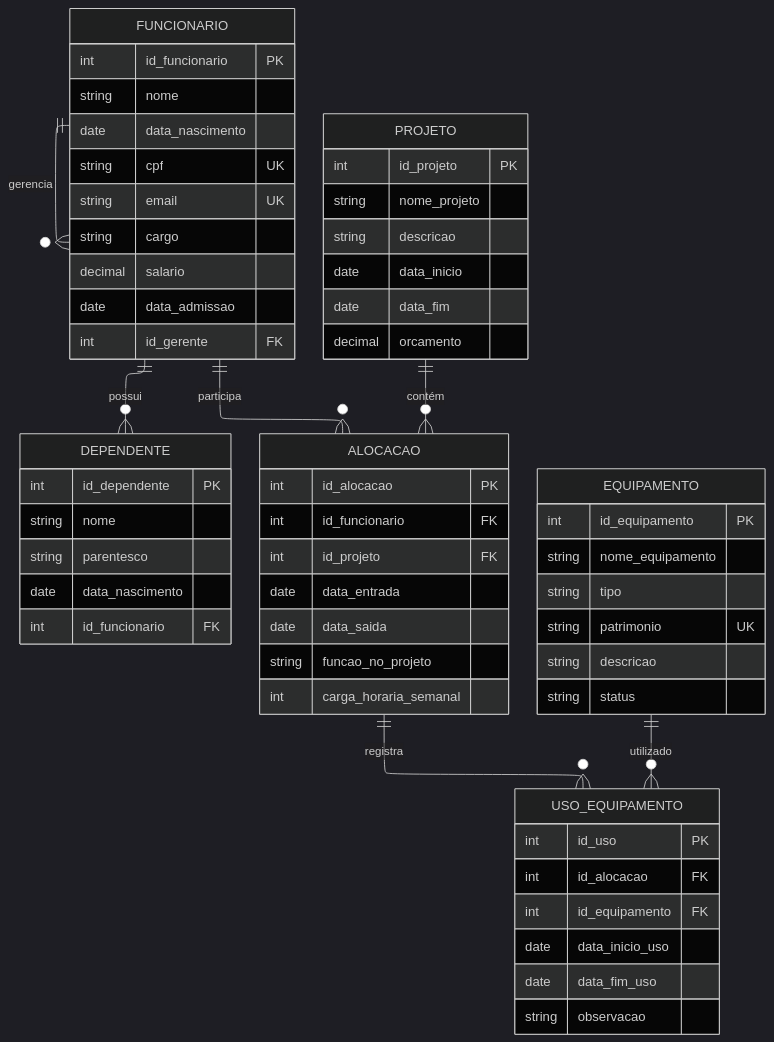
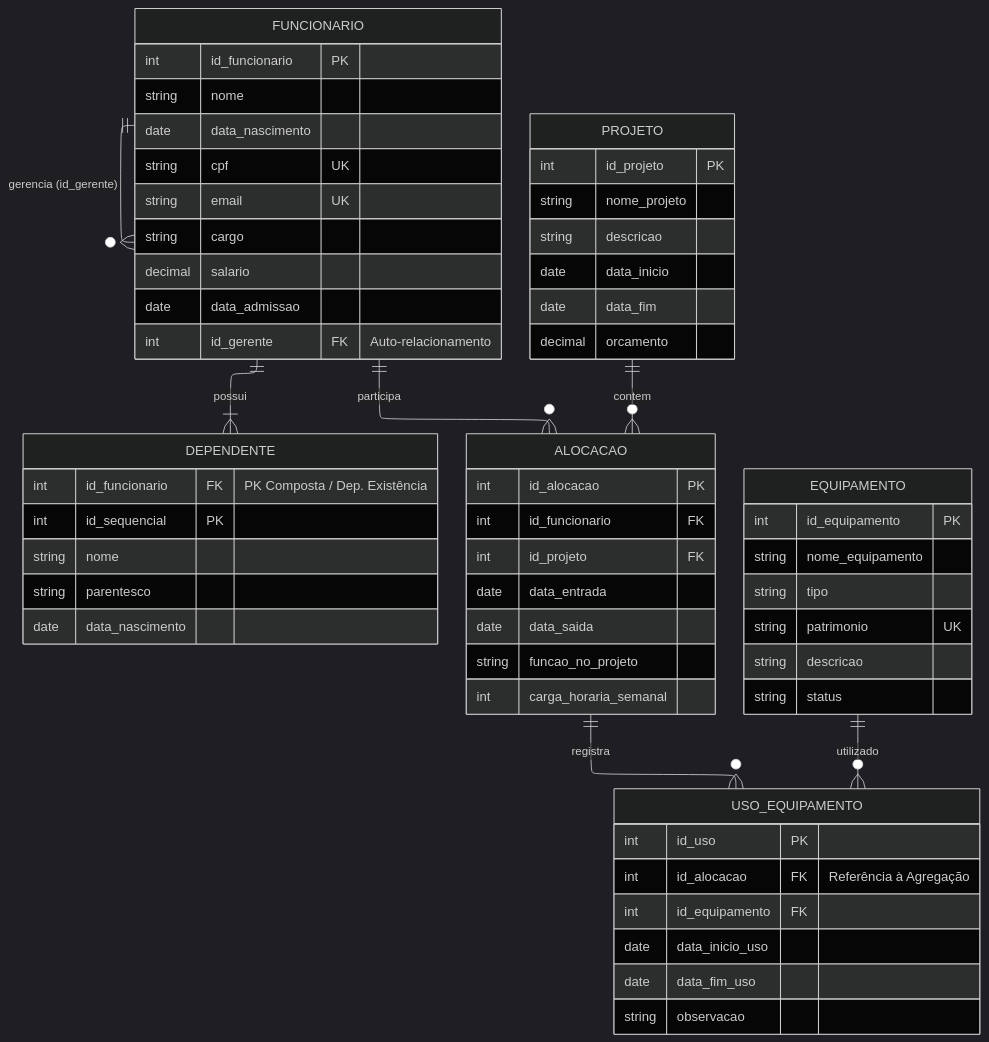
One commit to zaharadcl/projeto-bd-agregacao changed the diagram in README.md. Above: the diagram before and after it, drawn with Mermaid (dark theme).

Commit message:
Update README with ER diagram annotations and corrections

````diff
--- a/README.md
+++ b/README.md
@@ -2,70 +2,80 @@
 ```mermaid
 ---
 config:
   layout: elk
 ---
 erDiagram
-    FUNCIONARIO ||--o{ FUNCIONARIO : gerencia
-    FUNCIONARIO ||--o{ DEPENDENTE : possui
+    %% 1. Autorelacionamento (Hierarquia)
+    %% O funcionário pode ou não gerenciar outros (o{)
+    FUNCIONARIO ||--o{ FUNCIONARIO : "gerencia (id_gerente)"
+
+    %% 2. Dependência de Existência (Entidade Fraca)
+    %% Mudança para |{ indica que o dependente NÃO existe sem o funcionário
+    %% A PK de DEPENDENTE na teoria deveria ser composta por (id_funcionario, id_sequencial)
+    FUNCIONARIO ||--|{ DEPENDENTE : possui
+
+    %% 3. Agregação (Relação Funcionário + Projeto -> Equipamento)
+    %% ALOCACAO centraliza essa abstração
     FUNCIONARIO ||--o{ ALOCACAO : participa
-    PROJETO ||--o{ ALOCACAO : contém
+    PROJETO ||--o{ ALOCACAO : contem
     ALOCACAO ||--o{ USO_EQUIPAMENTO : registra
     EQUIPAMENTO ||--o{ USO_EQUIPAMENTO : utilizado
 
     FUNCIONARIO {
         int id_funcionario PK
         string nome
         date data_nascimento
         string cpf UK
         string email UK
         string cargo
         decimal salario
         date data_admissao
-        int id_gerente FK
+        int id_gerente FK "Auto-relacionamento"
     }
 
     DEPENDENTE {
-        int id_dependente PK
+        int id_funcionario FK "PK Composta / Dep. Existência"
+        int id_sequencial PK
         string nome
         string parentesco
         date data_nascimento
-        int id_funcionario FK
     }
 
     PROJETO {
         int id_projeto PK
         string nome_projeto
         string descricao
         date data_inicio
         date data_fim
         decimal orcamento
     }
 
     ALOCACAO {
         int id_alocacao PK
         int id_funcionario FK
         int id_projeto FK
         date data_entrada
         date data_saida
         string funcao_no_projeto
         int carga_horaria_semanal
     }
 
     EQUIPAMENTO {
         int id_equipamento PK
         string nome_equipamento
         string tipo
         string patrimonio UK
         string descricao
         string status
     }
 
     USO_EQUIPAMENTO {
         int id_uso PK
-        int id_alocacao FK
+        int id_alocacao FK "Referência à Agregação"
         int id_equipamento FK
         date data_inicio_uso
         date data_fim_uso
         string observacao
     }
+
 ```
````
